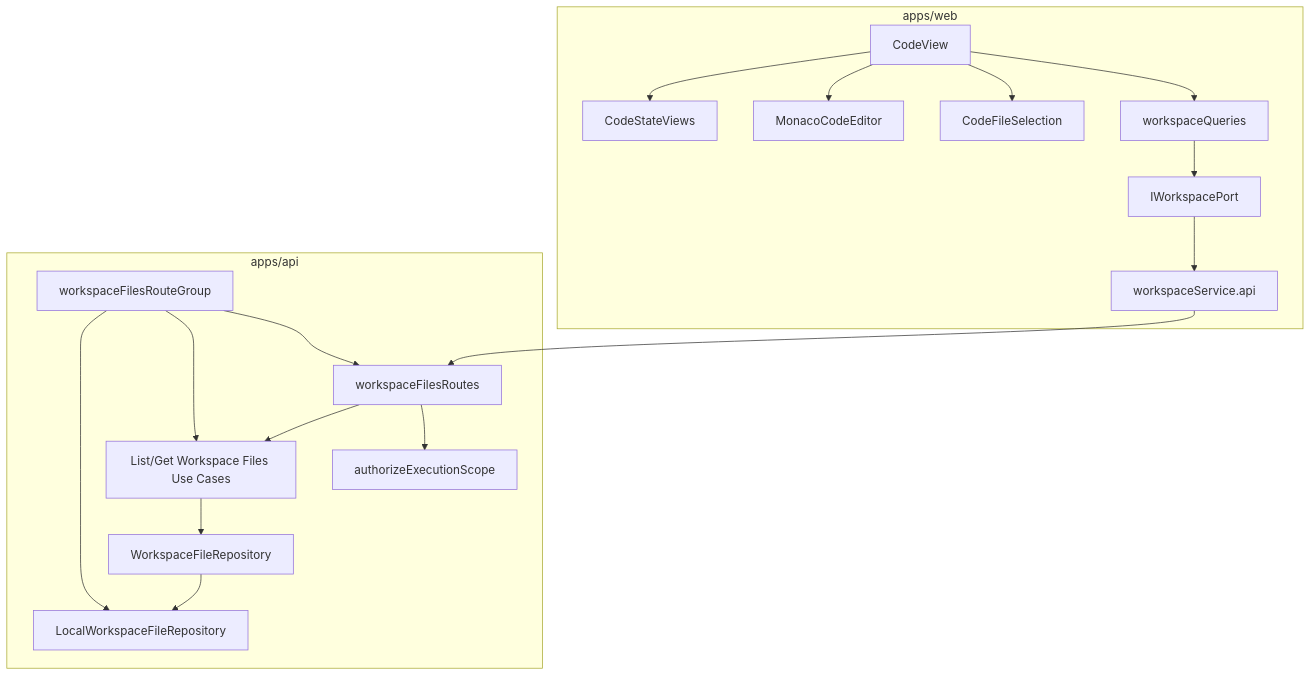
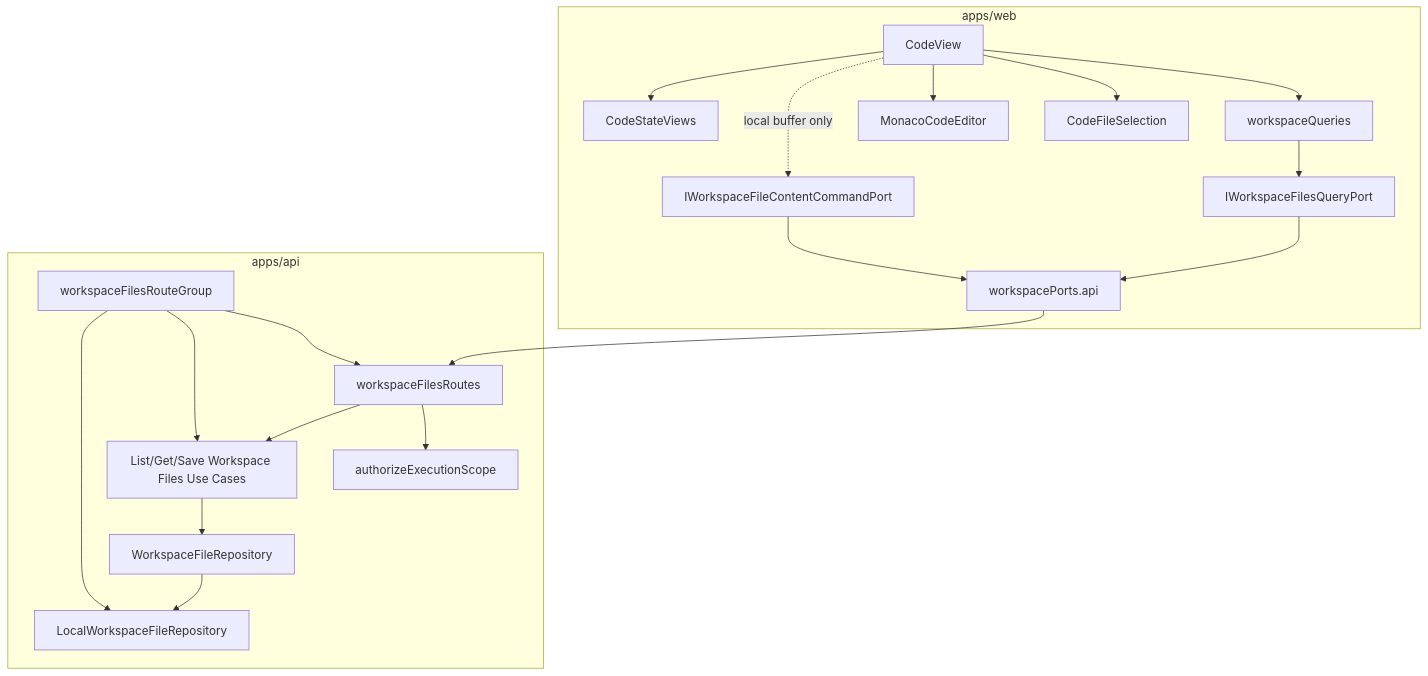
Before and after one commit to dunay2/dvt: the second of 2 diagrams in docs/architecture/components/web/code-workbench-workspace-files-component.md, drawn with Mermaid. The commit also changed other lines of this file and 32 other files, not shown here.

Commit message:
feat(api): Add workspace file save rail

````diff
--- a/docs/architecture/components/web/code-workbench-workspace-files-component.md
+++ b/docs/architecture/components/web/code-workbench-workspace-files-component.md
@@ -127,36 +139,39 @@
 ```mermaid
 flowchart TB
   subgraph Web["apps/web"]
     CodeView["CodeView"]
     Selection["CodeFileSelection"]
     Queries["workspaceQueries"]
     Editor["MonacoCodeEditor"]
-    WorkspacePort["IWorkspacePort"]
-    ApiWorkspaceService["workspaceService.api"]
+    FileQueryPort["IWorkspaceFilesQueryPort"]
+    FileCommandPort["IWorkspaceFileContentCommandPort"]
+    ApiWorkspacePorts["workspacePorts.api"]
     CodeStates["CodeStateViews"]
   end
 
   subgraph Api["apps/api"]
     Composer["workspaceFilesRouteGroup"]
     Routes["workspaceFilesRoutes"]
     Auth["authorizeExecutionScope"]
-    UseCases["List/Get Workspace Files Use Cases"]
+    UseCases["List/Get/Save Workspace Files Use Cases"]
     Port["WorkspaceFileRepository"]
     Adapter["LocalWorkspaceFileRepository"]
   end
 
   CodeView --> Queries
   CodeView --> Selection
   CodeView --> Editor
-  Queries --> WorkspacePort
-  WorkspacePort --> ApiWorkspaceService
-  ApiWorkspaceService --> Routes
+  Queries --> FileQueryPort
+  CodeView -. local buffer only .-> FileCommandPort
+  FileQueryPort --> ApiWorkspacePorts
+  FileCommandPort --> ApiWorkspacePorts
+  ApiWorkspacePorts --> Routes
   Composer --> Routes
   Composer --> UseCases
   Composer --> Adapter
   Routes --> Auth
   Routes --> UseCases
   UseCases --> Port
   Port --> Adapter
   CodeView --> CodeStates
 ```
````
